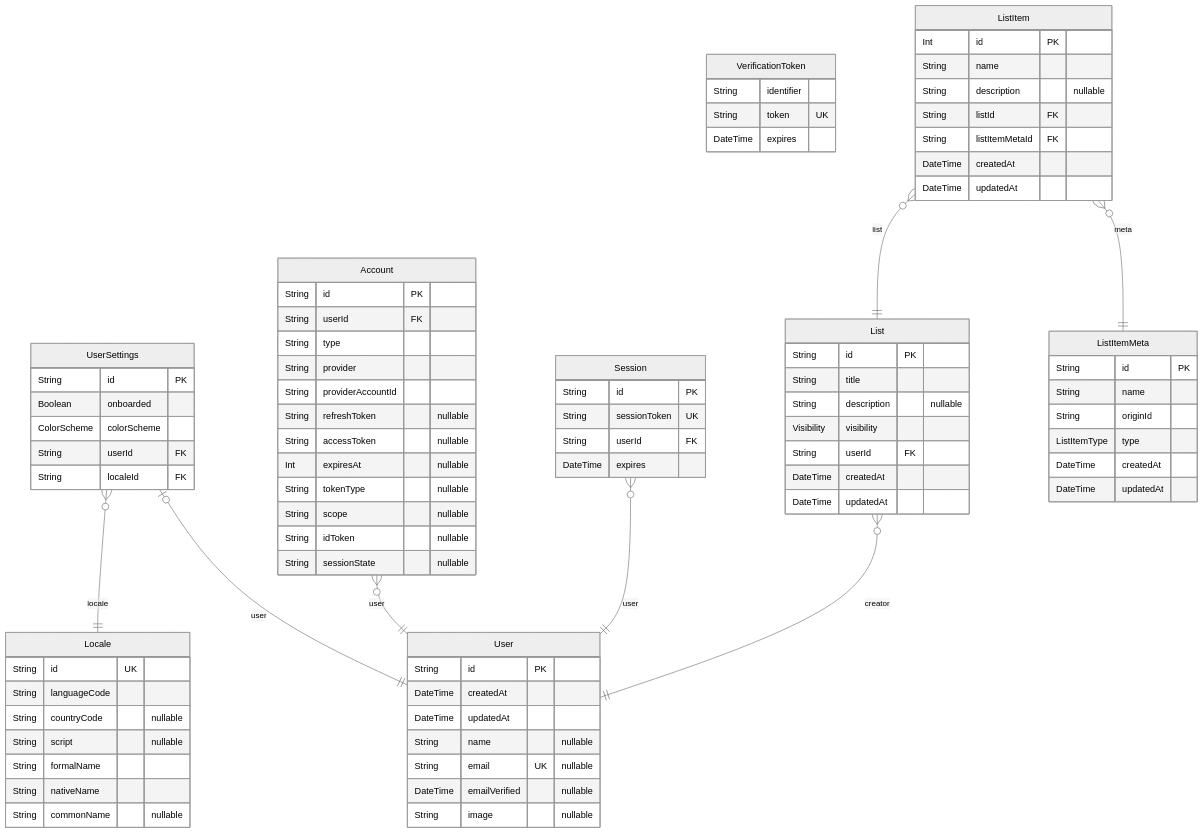
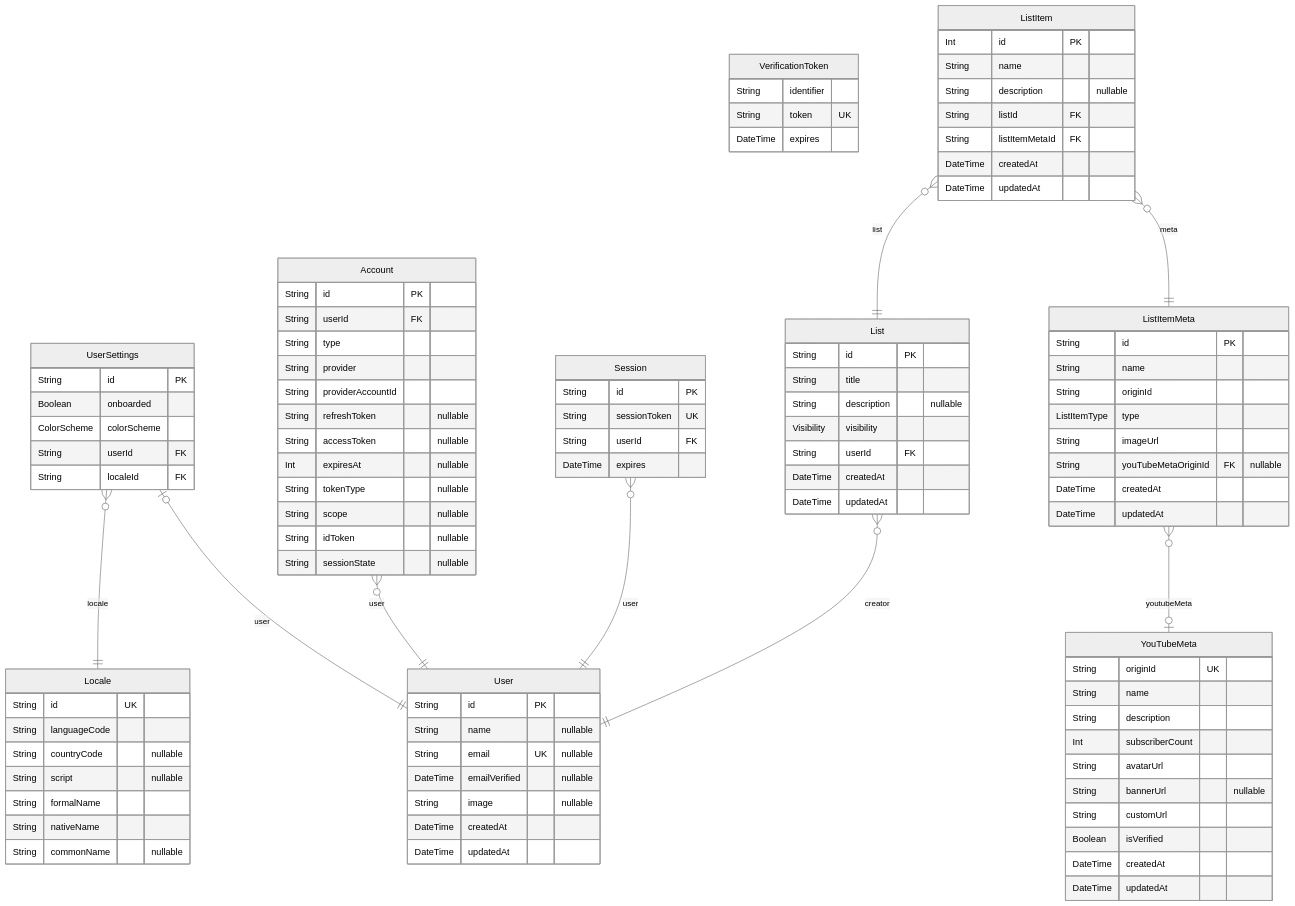
Before and after one commit to SedatUygur/YouTube-Mate: the diagram in YouTube-Mate/prisma/YouTubeMate-ERD.md, drawn with Mermaid (neutral theme). The commit also changed other lines of this file and 31 other files, not shown here.

````diff
--- a/YouTube-Mate/prisma/YouTubeMate-ERD.md
+++ b/YouTube-Mate/prisma/YouTubeMate-ERD.md
@@ -8,12 +8,12 @@
 erDiagram
 "User" {
   String id PK
-  DateTime createdAt
-  DateTime updatedAt
   String name "nullable"
   String email UK "nullable"
   DateTime emailVerified "nullable"
   String image "nullable"
+  DateTime createdAt
+  DateTime updatedAt
 }
 "UserSettings" {
   String id PK
@@ -79,6 +79,20 @@
   String name
   String originId
   ListItemType type
+  String imageUrl
+  String youTubeMetaOriginId FK "nullable"
+  DateTime createdAt
+  DateTime updatedAt
+}
+"YouTubeMeta" {
+  String originId UK
+  String name
+  String description
+  Int subscriberCount
+  String avatarUrl
+  String bannerUrl "nullable"
+  String customUrl
+  Boolean isVerified
   DateTime createdAt
   DateTime updatedAt
 }
@@ -89,4 +103,5 @@
 "List" }o--|| "User" : creator
 "ListItem" }o--|| "ListItemMeta" : meta
 "ListItem" }o--|| "List" : list
+"ListItemMeta" }o--o| "YouTubeMeta" : youtubeMeta
 ```
````
